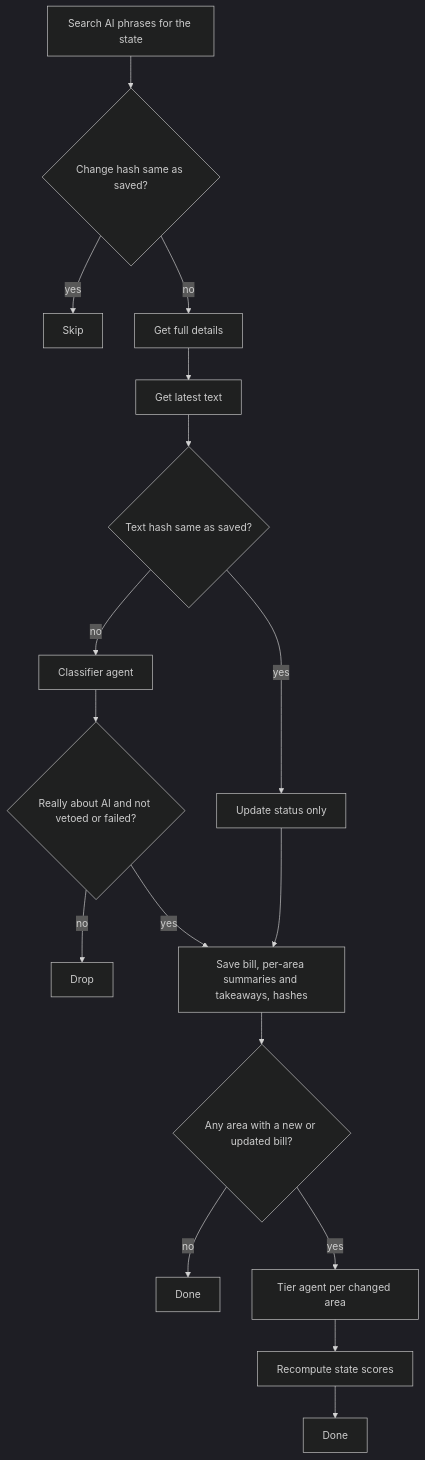
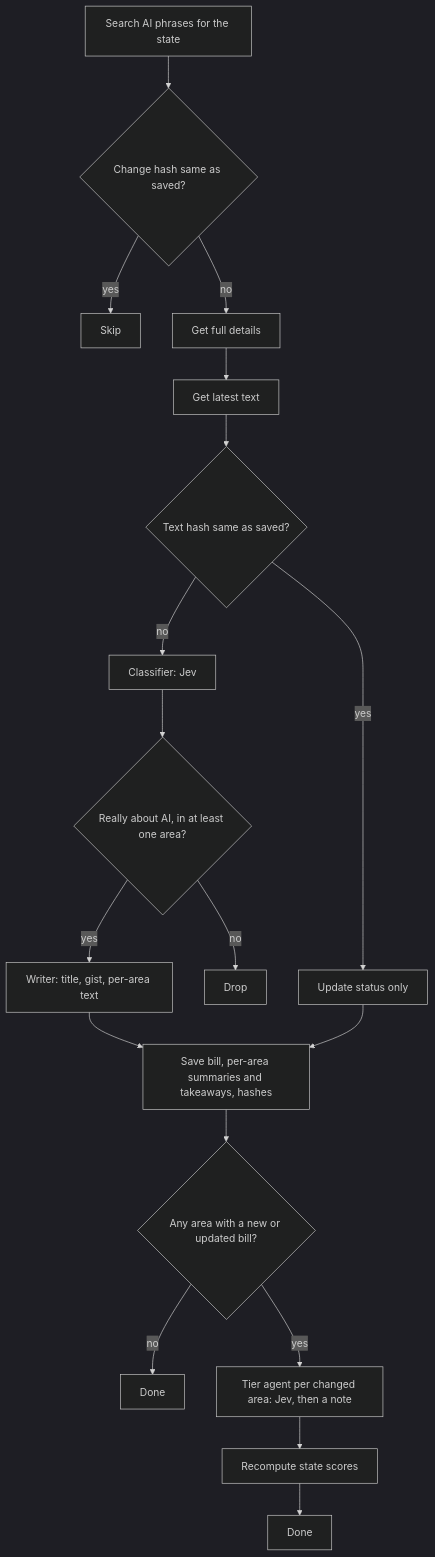
The second of 2 diagrams in docs/pipeline.md (nate-fur/states-of-ai), drawn with Mermaid (dark theme) before and after one commit. The commit also changed other lines of this file and 11 other files, not shown here.

First line of the commit message:
Move the classifier and tier agent to Jev, keep prose on the generative model

````diff
--- a/docs/pipeline.md
+++ b/docs/pipeline.md
@@ -45,19 +49,20 @@
 ```mermaid
 flowchart TD
   A[Search AI phrases for the state] --> H{Change hash same as saved?}
   H -- yes --> X1[Skip]
   H -- no --> D[Get full details]
   D --> TX[Get latest text]
   TX --> TH{Text hash same as saved?}
   TH -- yes --> ST[Update status only]
-  TH -- no --> CL[Classifier agent]
-  CL --> R{Really about AI and not vetoed or failed?}
+  TH -- no --> CL[Classifier: Jev]
+  CL --> R{Really about AI, in at least one area?}
   R -- no --> X2[Drop]
-  R -- yes --> SV[Save bill, per-area summaries and takeaways, hashes]
+  R -- yes --> WR[Writer: title, gist, per-area text]
+  WR --> SV[Save bill, per-area summaries and takeaways, hashes]
   ST --> SV
   SV --> CH{Any area with a new or updated bill?}
   CH -- no --> X3[Done]
-  CH -- yes --> TR[Tier agent per changed area]
+  CH -- yes --> TR[Tier agent per changed area: Jev, then a note]
   TR --> SC[Recompute state scores]
   SC --> X4[Done]
 ```
````
